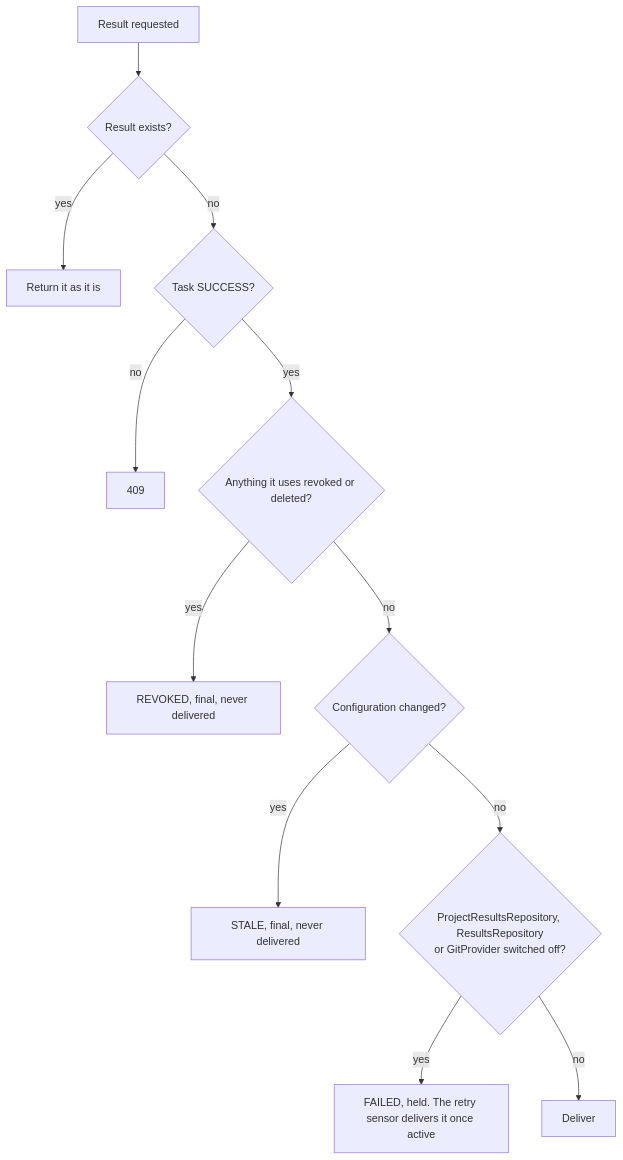
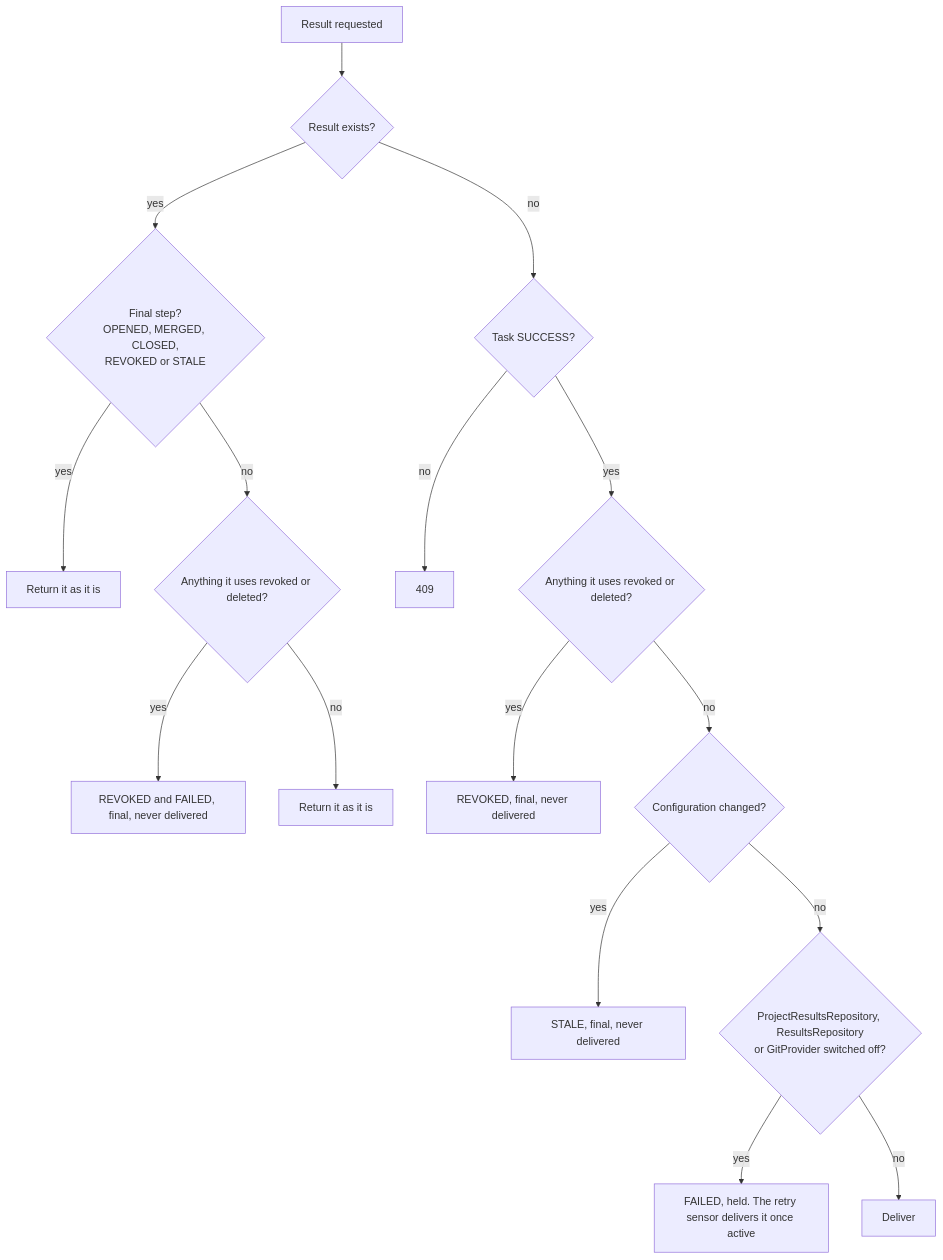
Before and after one commit to Aridhia-Open-Source/PHEMS_federated_node: the second of 3 diagrams in docs/architecture/revoke-and-enabled.md, drawn with Mermaid. The commit also changed other lines of this file, not shown here.

First line of the commit message:
Docs: revoke and enabled matches the merged revoke and secrets code

````diff
--- a/docs/architecture/revoke-and-enabled.md
+++ b/docs/architecture/revoke-and-enabled.md
@@ -51,14 +51,18 @@
 ```mermaid
 flowchart TD
     A["Result requested"] --> B{"Result exists?"}
-    B -- yes --> R0["Return it as it is"]
+    B -- yes --> X{"Final step?<br/>OPENED, MERGED, CLOSED,<br/>REVOKED or STALE"}
+    X -- yes --> R0["Return it as it is"]
+    X -- no --> Y{"Anything it uses revoked or deleted?"}
+    Y -- yes --> R4["REVOKED and FAILED, final, never delivered"]
+    Y -- no --> R5["Return it as it is"]
     B -- no --> C{"Task SUCCESS?"}
     C -- no --> E["409"]
     C -- yes --> D{"Anything it uses revoked or deleted?"}
     D -- yes --> R1["REVOKED, final, never delivered"]
     D -- no --> G{"Configuration changed?"}
     G -- yes --> R2["STALE, final, never delivered"]
     G -- no --> H{"ProjectResultsRepository, ResultsRepository<br/>or GitProvider switched off?"}
     H -- yes --> R3["FAILED, held. The retry sensor delivers it once active"]
     H -- no --> OK["Deliver"]
 ```
````
